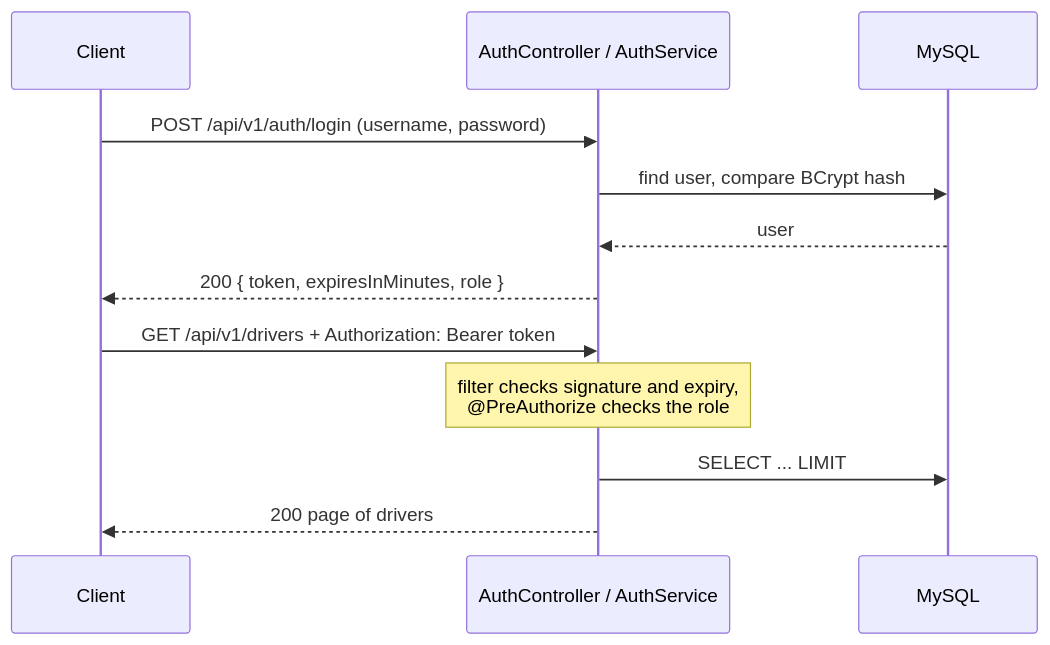
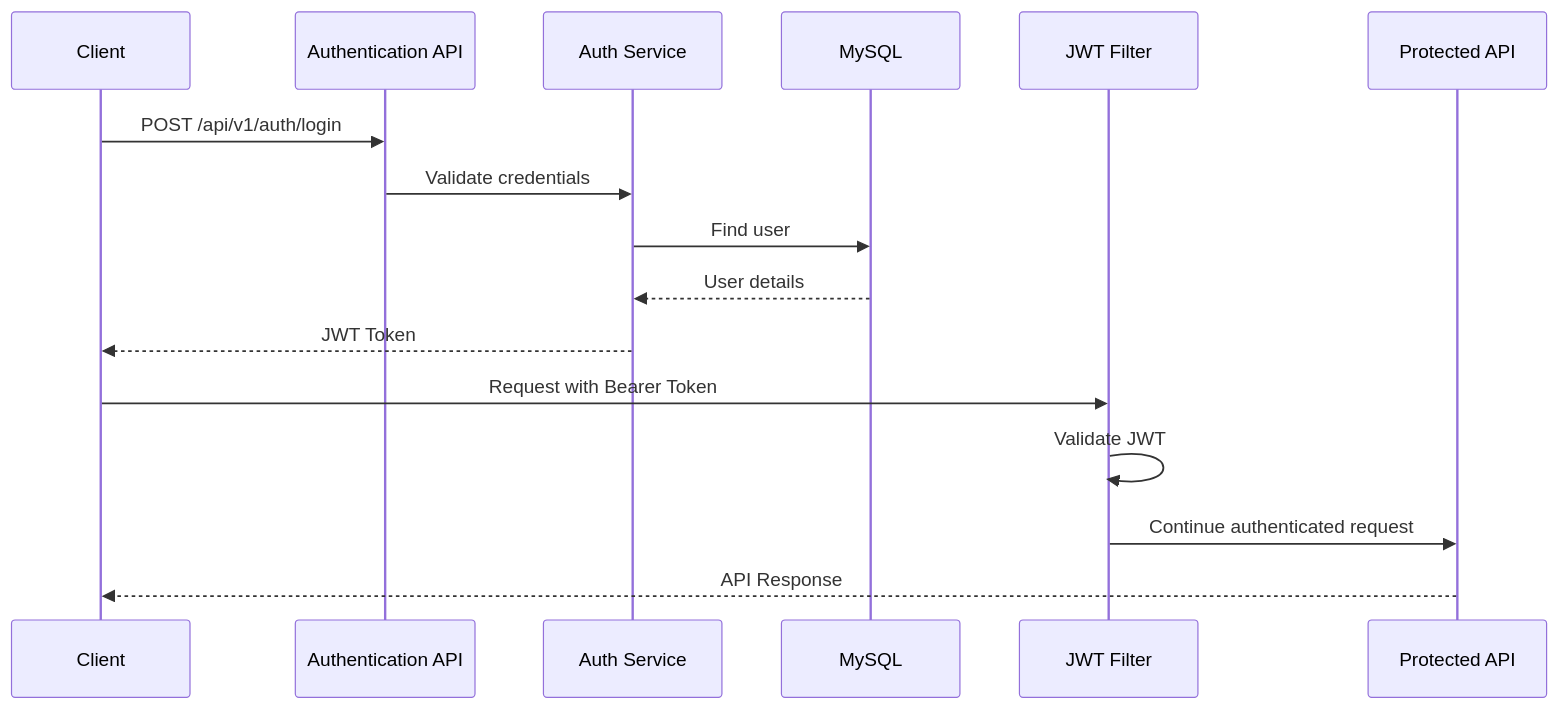
Before and after one commit to sameerkr056/crunchy-java-backend-t5-sameer: the third of 5 diagrams in docs/ARCHITECTURE.md, drawn with Mermaid. The commit also changed other lines of this file and 9 other files, not shown here.

````diff
--- a/docs/ARCHITECTURE.md
+++ b/docs/ARCHITECTURE.md
@@ -50,14 +69,20 @@
 ```mermaid
 sequenceDiagram
-    participant C as Client
-    participant A as AuthController / AuthService
-    participant D as MySQL
-    C->>A: POST /api/v1/auth/login (username, password)
-    A->>D: find user, compare BCrypt hash
-    D-->>A: user
-    A-->>C: 200 { token, expiresInMinutes, role }
-    C->>A: GET /api/v1/drivers  + Authorization: Bearer token
-    Note over A: filter checks signature and expiry,<br/>@PreAuthorize checks the role
-    A->>D: SELECT ... LIMIT
-    A-->>C: 200 page of drivers
+    participant Client
+    participant Auth as Authentication API
+    participant Service as Auth Service
+    participant DB as MySQL
+    participant Filter as JWT Filter
+    participant API as Protected API
+
+    Client->>Auth: POST /api/v1/auth/login
+    Auth->>Service: Validate credentials
+    Service->>DB: Find user
+    DB-->>Service: User details
+    Service-->>Client: JWT Token
+
+    Client->>Filter: Request with Bearer Token
+    Filter->>Filter: Validate JWT
+    Filter->>API: Continue authenticated request
+    API-->>Client: API Response
 ```
````
